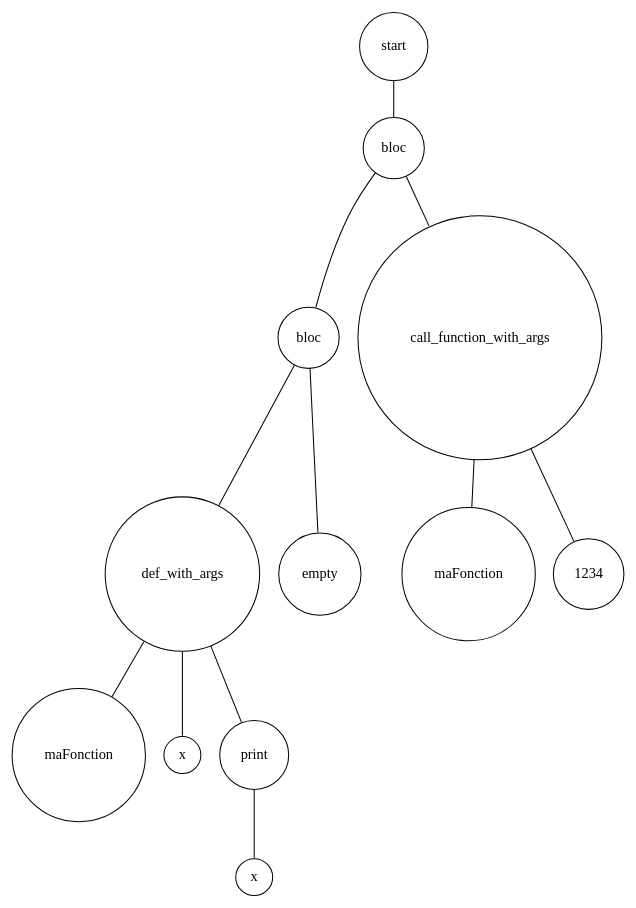
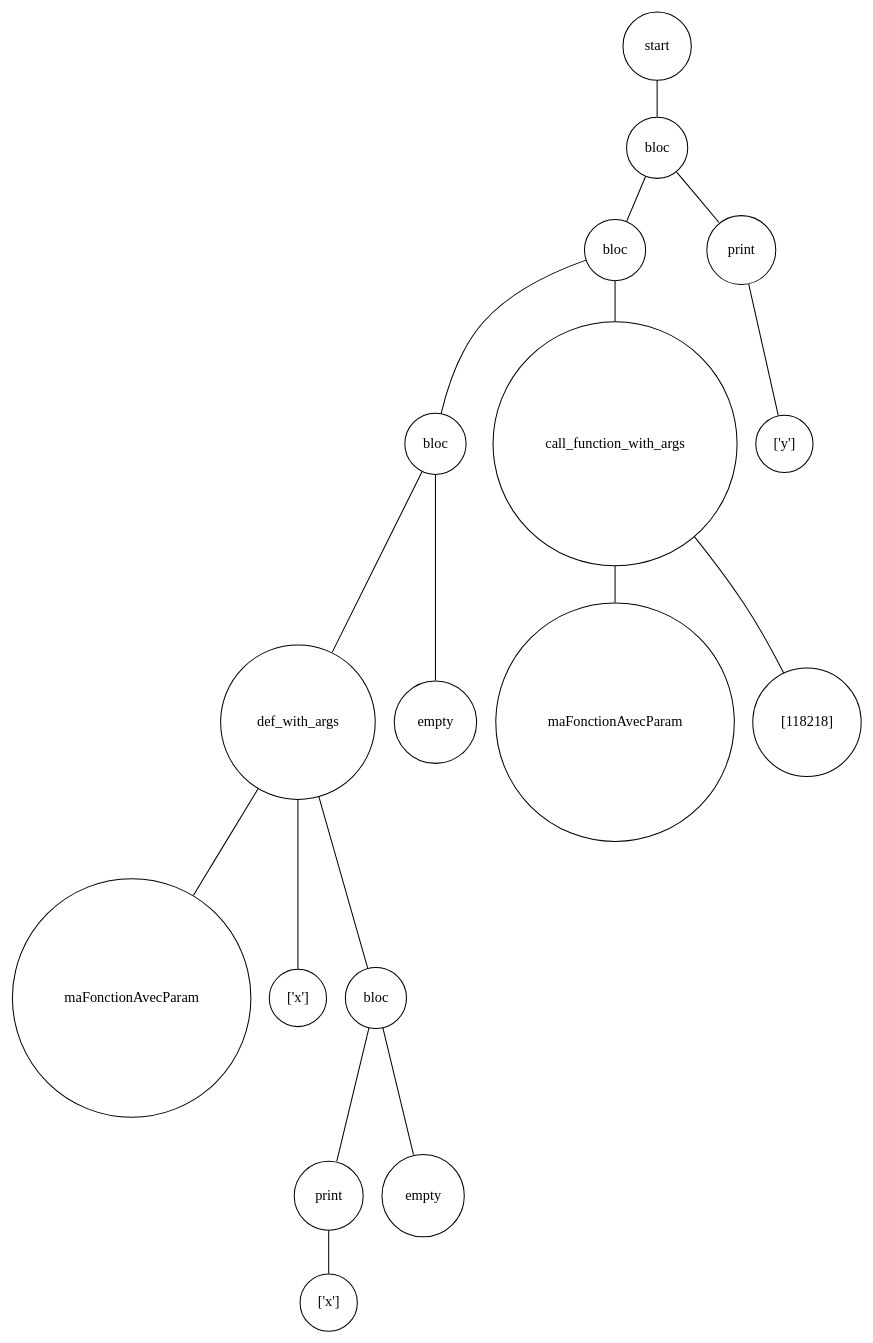
The diagram in Digraph.gv (clemzouuu/Esengo), drawn with Graphviz before and after one commit. The commit also changed 6 other files, not shown here.

```diff
--- a/Digraph.gv
+++ b/Digraph.gv
@@ -1,26 +1,36 @@
 digraph {
 	node [shape=circle]
-	"093c067e-f27a-46e1-8bbf-72d575ade6f9" [label=start]
-	"703aa17d-4951-4412-b660-05f6e24c9c03" [label=bloc]
-	"7b44468f-c9d3-45c1-b704-21de05e271a9" [label=bloc]
-	"3e7f3d1f-b311-4359-a1f9-c594c4661f99" [label=def_with_args]
-	"ae72b8ae-ed45-46dc-a5e1-11d13f5c9dff" [label=maFonction]
-	"3e7f3d1f-b311-4359-a1f9-c594c4661f99" -> "ae72b8ae-ed45-46dc-a5e1-11d13f5c9dff" [arrowsize=0]
-	"3696f87b-d2a1-451c-a04e-4e59ff795e3b" [label=x]
-	"3e7f3d1f-b311-4359-a1f9-c594c4661f99" -> "3696f87b-d2a1-451c-a04e-4e59ff795e3b" [arrowsize=0]
-	"f7cbc93d-8673-435f-8de2-c53eb9771c18" [label=print]
-	"3a8ded76-b164-43b1-a56d-cbcb49569cbf" [label=x]
-	"f7cbc93d-8673-435f-8de2-c53eb9771c18" -> "3a8ded76-b164-43b1-a56d-cbcb49569cbf" [arrowsize=0]
-	"3e7f3d1f-b311-4359-a1f9-c594c4661f99" -> "f7cbc93d-8673-435f-8de2-c53eb9771c18" [arrowsize=0]
-	"7b44468f-c9d3-45c1-b704-21de05e271a9" -> "3e7f3d1f-b311-4359-a1f9-c594c4661f99" [arrowsize=0]
-	"311f8d50-bbd5-4d1b-9d50-bf6f12de9d12" [label=empty]
-	"7b44468f-c9d3-45c1-b704-21de05e271a9" -> "311f8d50-bbd5-4d1b-9d50-bf6f12de9d12" [arrowsize=0]
-	"703aa17d-4951-4412-b660-05f6e24c9c03" -> "7b44468f-c9d3-45c1-b704-21de05e271a9" [arrowsize=0]
-	"a365dffe-926d-4627-bfbd-49081674ec4d" [label=call_function_with_args]
-	"80159cbd-103d-4294-9942-e98d91ec256f" [label=maFonction]
-	"a365dffe-926d-4627-bfbd-49081674ec4d" -> "80159cbd-103d-4294-9942-e98d91ec256f" [arrowsize=0]
-	"f50360f0-e1f6-43e3-bb25-1087c5656015" [label=1234]
-	"a365dffe-926d-4627-bfbd-49081674ec4d" -> "f50360f0-e1f6-43e3-bb25-1087c5656015" [arrowsize=0]
-	"703aa17d-4951-4412-b660-05f6e24c9c03" -> "a365dffe-926d-4627-bfbd-49081674ec4d" [arrowsize=0]
-	"093c067e-f27a-46e1-8bbf-72d575ade6f9" -> "703aa17d-4951-4412-b660-05f6e24c9c03" [arrowsize=0]
+	"23c6ff42-94e7-4f08-b69a-b3a8ed93f2b2" [label=start]
+	"126102b4-7d85-464b-871e-5dc327ceb1e6" [label=bloc]
+	"c37bfdcb-25af-4be5-8857-8b4a553718dc" [label=bloc]
+	"0d18244c-0960-4854-89b8-65a8d8ca9bbe" [label=bloc]
+	"7b4bc1cb-f8ab-4264-ab15-709d38439934" [label=def_with_args]
+	"953a9e9a-f380-4520-bf8f-eea0ab72cac9" [label=maFonctionAvecParam]
+	"7b4bc1cb-f8ab-4264-ab15-709d38439934" -> "953a9e9a-f380-4520-bf8f-eea0ab72cac9" [arrowsize=0]
+	"9cfd742b-dbf9-4f87-a5fc-91750d37b774" [label="['x']"]
+	"7b4bc1cb-f8ab-4264-ab15-709d38439934" -> "9cfd742b-dbf9-4f87-a5fc-91750d37b774" [arrowsize=0]
+	"77e7c1c9-8b7a-41a2-92d0-7246683ae238" [label=bloc]
+	"246a6b29-faa4-4cce-874a-c701a029c415" [label=print]
+	"a7caea18-b0e2-4b41-b0de-8fac809faca6" [label="['x']"]
+	"246a6b29-faa4-4cce-874a-c701a029c415" -> "a7caea18-b0e2-4b41-b0de-8fac809faca6" [arrowsize=0]
+	"77e7c1c9-8b7a-41a2-92d0-7246683ae238" -> "246a6b29-faa4-4cce-874a-c701a029c415" [arrowsize=0]
+	"6381abad-51c2-4489-b289-8d5c789d2734" [label=empty]
+	"77e7c1c9-8b7a-41a2-92d0-7246683ae238" -> "6381abad-51c2-4489-b289-8d5c789d2734" [arrowsize=0]
+	"7b4bc1cb-f8ab-4264-ab15-709d38439934" -> "77e7c1c9-8b7a-41a2-92d0-7246683ae238" [arrowsize=0]
+	"0d18244c-0960-4854-89b8-65a8d8ca9bbe" -> "7b4bc1cb-f8ab-4264-ab15-709d38439934" [arrowsize=0]
+	"d7fdf1f0-1e7b-4a8b-86b1-61359ee6c574" [label=empty]
+	"0d18244c-0960-4854-89b8-65a8d8ca9bbe" -> "d7fdf1f0-1e7b-4a8b-86b1-61359ee6c574" [arrowsize=0]
+	"c37bfdcb-25af-4be5-8857-8b4a553718dc" -> "0d18244c-0960-4854-89b8-65a8d8ca9bbe" [arrowsize=0]
+	"b9dc6530-1041-4584-be43-7acb9f05558b" [label=call_function_with_args]
+	"34518c43-5d69-4dc1-9608-6a94d761c057" [label=maFonctionAvecParam]
+	"b9dc6530-1041-4584-be43-7acb9f05558b" -> "34518c43-5d69-4dc1-9608-6a94d761c057" [arrowsize=0]
+	"79f78c33-e449-4a21-8765-20f6efda42a5" [label="[118218]"]
+	"b9dc6530-1041-4584-be43-7acb9f05558b" -> "79f78c33-e449-4a21-8765-20f6efda42a5" [arrowsize=0]
+	"c37bfdcb-25af-4be5-8857-8b4a553718dc" -> "b9dc6530-1041-4584-be43-7acb9f05558b" [arrowsize=0]
+	"126102b4-7d85-464b-871e-5dc327ceb1e6" -> "c37bfdcb-25af-4be5-8857-8b4a553718dc" [arrowsize=0]
+	"a07b6485-2d29-4f7e-aca2-31980cf26d91" [label=print]
+	"6ab7ab68-40ba-4207-b018-a5a9a262290f" [label="['y']"]
+	"a07b6485-2d29-4f7e-aca2-31980cf26d91" -> "6ab7ab68-40ba-4207-b018-a5a9a262290f" [arrowsize=0]
+	"126102b4-7d85-464b-871e-5dc327ceb1e6" -> "a07b6485-2d29-4f7e-aca2-31980cf26d91" [arrowsize=0]
+	"23c6ff42-94e7-4f08-b69a-b3a8ed93f2b2" -> "126102b4-7d85-464b-871e-5dc327ceb1e6" [arrowsize=0]
 }
```
